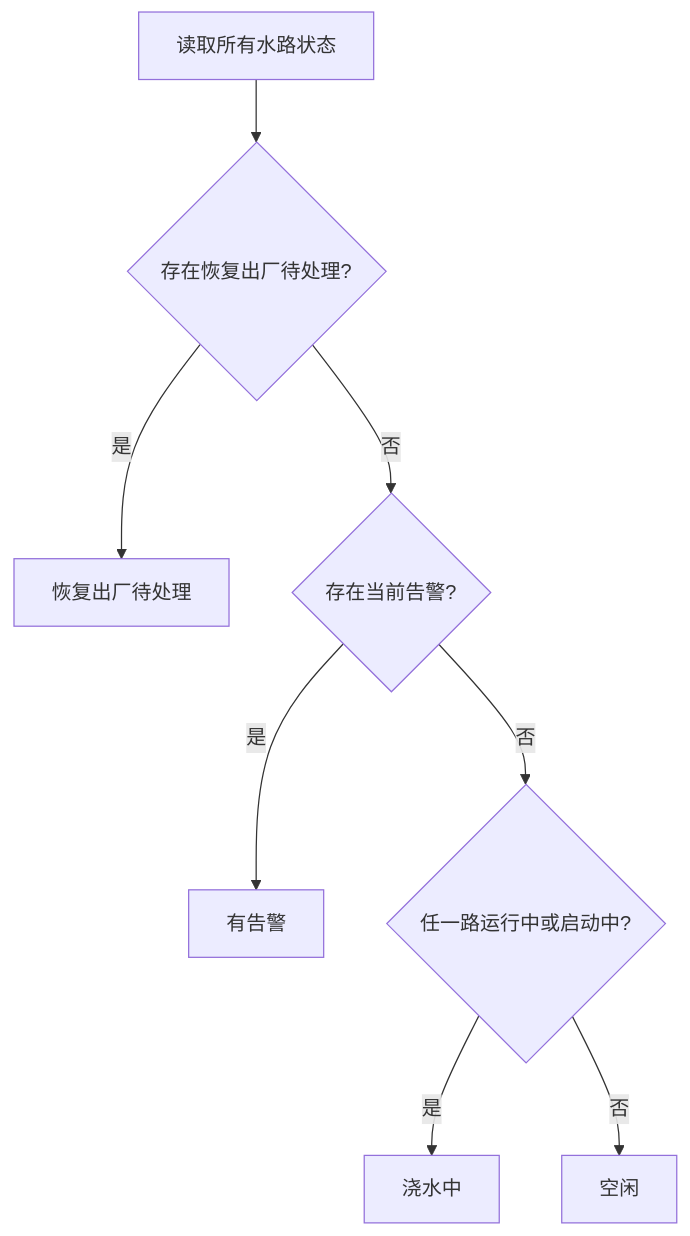
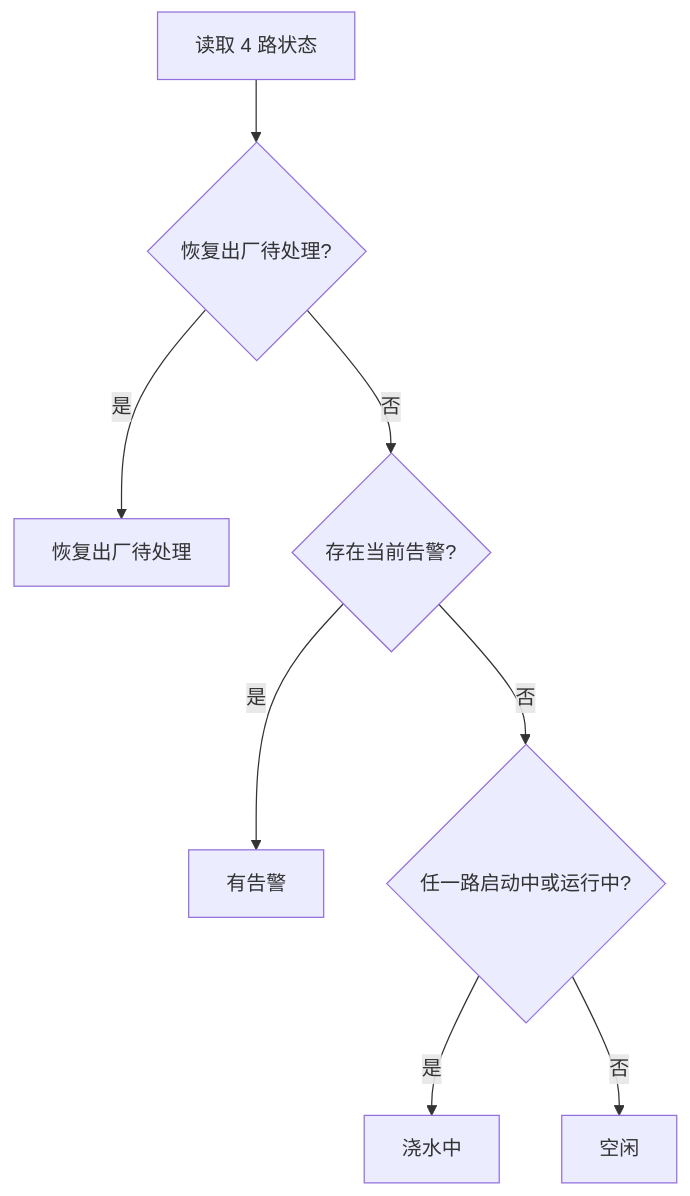
One commit to tangyangguang/Esp32_Irrigation changed the second of 6 diagrams in 灌溉系统核心逻辑说明.md. Above: the diagram before and after it, drawn with Mermaid. The commit also changed other lines of this file, not shown here.

````diff
--- a/灌溉系统核心逻辑说明.md
+++ b/灌溉系统核心逻辑说明.md
@@ -173,10 +141,10 @@
 ```mermaid
 flowchart TD
-    A["读取所有水路状态"] --> B{"存在恢复出厂待处理?"}
+    A["读取 4 路状态"] --> B{"恢复出厂待处理?"}
     B -- 是 --> C["恢复出厂待处理"]
     B -- 否 --> D{"存在当前告警?"}
     D -- 是 --> E["有告警"]
-    D -- 否 --> F{"任一路运行中或启动中?"}
+    D -- 否 --> F{"任一路启动中或运行中?"}
     F -- 是 --> G["浇水中"]
     F -- 否 --> H["空闲"]
 ```
````
